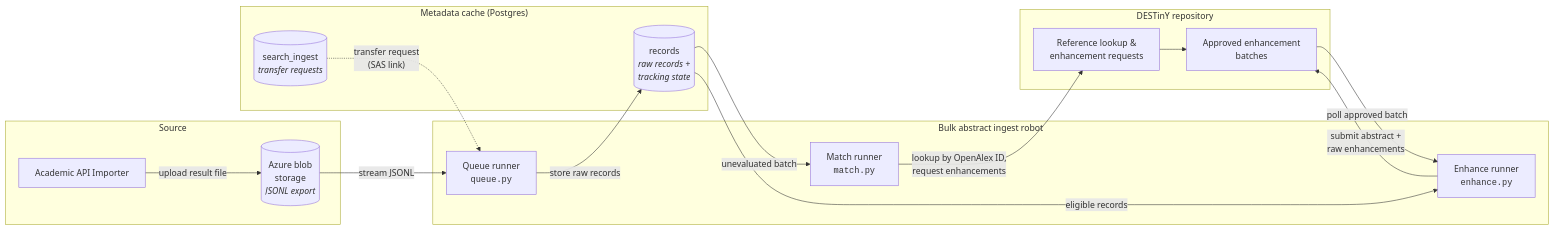
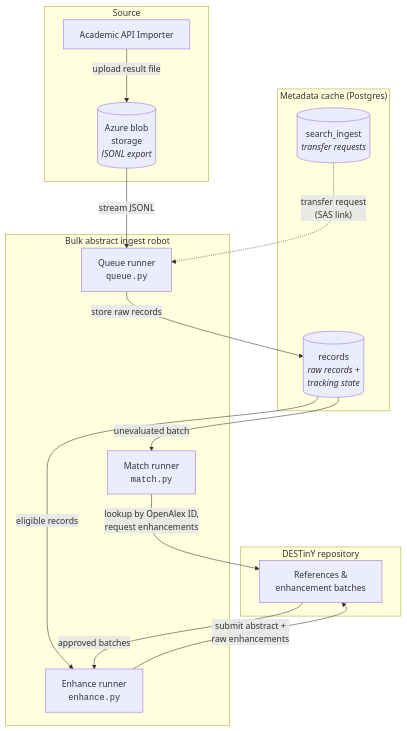
One commit to destiny-evidence/bulk-abstract-ingest-robot changed the diagram in docs/docs/index.md. Above: the diagram before and after it, drawn with Mermaid. The commit also changed other lines of this file and 1 other file, not shown here.

Commit message:
documentation revisions

````diff
--- a/docs/docs/index.md
+++ b/docs/docs/index.md
@@ -26,34 +28,33 @@
 ```mermaid
-flowchart LR
+flowchart TD
     subgraph source["Source"]
         API["Academic API Importer"]
         BLOB[("Azure blob<br/>storage<br/><i>JSONL export</i>")]
-        API -->|"upload result file"| BLOB
+    end
+
+    subgraph ods["DESTinY repository"]
+        REPO["References &<br/>enhancement batches"]
     end
 
     subgraph cache["Metadata cache (Postgres)"]
         INGEST[("search_ingest<br/><i>transfer requests</i>")]
         RECORDS[("records<br/><i>raw records +<br/>tracking state</i>")]
     end
 
     subgraph robot["Bulk abstract ingest robot"]
         QUEUE["Queue runner<br/><code>queue.py</code>"]
         MATCH["Match runner<br/><code>match.py</code>"]
         ENHANCE["Enhance runner<br/><code>enhance.py</code>"]
     end
 
-    subgraph ods["DESTinY repository"]
-        LOOKUP["Reference lookup &<br/>enhancement requests"]
-        APPROVED["Approved enhancement<br/>batches"]
-    end
-
+    API -->|"upload result file"| BLOB
+    BLOB -->|"stream JSONL"| QUEUE
     INGEST -.->|"transfer request<br/>(SAS link)"| QUEUE
-    BLOB -->|"stream JSONL"| QUEUE
     QUEUE -->|"store raw records"| RECORDS
-    MATCH -->|"lookup by OpenAlex ID,<br/>request enhancements"| LOOKUP
     RECORDS -->|"unevaluated batch"| MATCH
-    LOOKUP --> APPROVED
-    APPROVED -->|"poll approved batch"| ENHANCE
-    ENHANCE -->|"submit abstract +<br/>raw enhancements"| APPROVED
     RECORDS -->|"eligible records"| ENHANCE
+    %% MATCH -->|"log eligibility"| RECORDS
+    MATCH -->|"lookup by OpenAlex ID,<br/>request enhancements"| REPO
+    REPO -->|"approved batches"| ENHANCE
+    ENHANCE -->|"submit abstract +<br/>raw enhancements"| REPO
 ```
````
